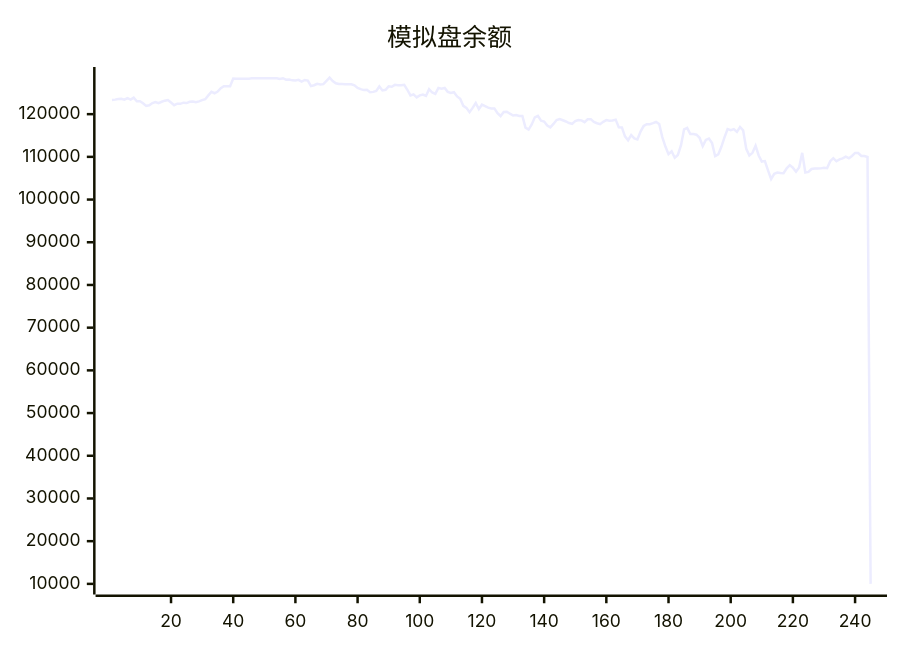
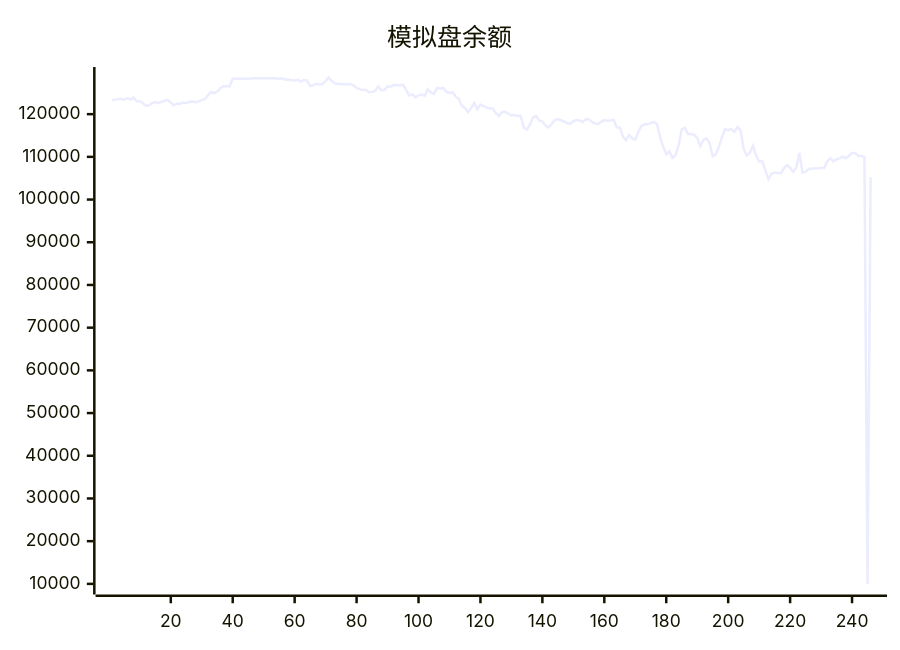
Before and after one commit to aahl/ai-trading: the diagram in README.md, drawn with Mermaid. The commit also changed other lines of this file and 1 other file, not shown here.

````diff
--- a/README.md
+++ b/README.md
@@ -5,5 +5,5 @@
 ```mermaid
 xychart
     title "模拟盘余额"
-    line [123338,123402,123530,123592,123378,123745,123413,123853,123009,123040,122557,121938,122095,122599,122856,122597,122898,123160,123319,122719,122087,122454,122416,122685,122592,122907,122961,122776,122981,123295,123507,124403,125224,124894,125303,126088,126544,126534,126549,128335,128318,128318,128318,128318,128318,128424,128424,128424,128424,128424,128424,128424,128424,128424,128247,128412,128062,128087,127917,127901,128026,127611,128000,127850,126572,126770,127100,126971,127029,127783,128554,127765,127224,127064,127044,127009,127025,127004,126738,126152,125871,125635,125707,125117,125217,125420,126480,125545,125715,126511,126424,126856,126764,126788,126890,125710,124381,124632,123936,124402,124574,124256,125833,125070,124739,126154,125966,126145,125213,124943,125143,124157,123604,121959,121476,120476,121470,122610,121201,122221,121889,121522,121332,121344,120232,119559,120513,120577,120108,119680,119777,119572,119568,116839,116392,117573,119250,119585,118469,118277,117338,116897,117706,118628,118849,118579,118280,117926,117735,118373,118639,118544,118136,118798,118819,118162,117874,117649,118215,118601,118463,118517,118713,116911,116899,114798,113887,115084,114313,114091,115934,117221,117658,117658,117883,118164,117693,114632,112403,110644,111313,109777,110444,112673,116419,116772,115355,115355,115198,114476,112510,113954,114276,113223,110151,110561,112361,114562,116522,116265,116500,115845,117000,116199,111887,110306,110942,112588,110318,108891,109011,106814,104811,106038,106327,106201,106180,107315,108068,107463,106528,107530,110941,106346,106482,107161,107268,107270,107302,107426,107340,108985,109681,108962,109404,109645,110030,109680,110214,110918,110897,110215,110212,109962,10000]
+    line [123338,123402,123530,123592,123378,123745,123413,123853,123009,123040,122557,121938,122095,122599,122856,122597,122898,123160,123319,122719,122087,122454,122416,122685,122592,122907,122961,122776,122981,123295,123507,124403,125224,124894,125303,126088,126544,126534,126549,128335,128318,128318,128318,128318,128318,128424,128424,128424,128424,128424,128424,128424,128424,128424,128247,128412,128062,128087,127917,127901,128026,127611,128000,127850,126572,126770,127100,126971,127029,127783,128554,127765,127224,127064,127044,127009,127025,127004,126738,126152,125871,125635,125707,125117,125217,125420,126480,125545,125715,126511,126424,126856,126764,126788,126890,125710,124381,124632,123936,124402,124574,124256,125833,125070,124739,126154,125966,126145,125213,124943,125143,124157,123604,121959,121476,120476,121470,122610,121201,122221,121889,121522,121332,121344,120232,119559,120513,120577,120108,119680,119777,119572,119568,116839,116392,117573,119250,119585,118469,118277,117338,116897,117706,118628,118849,118579,118280,117926,117735,118373,118639,118544,118136,118798,118819,118162,117874,117649,118215,118601,118463,118517,118713,116911,116899,114798,113887,115084,114313,114091,115934,117221,117658,117658,117883,118164,117693,114632,112403,110644,111313,109777,110444,112673,116419,116772,115355,115355,115198,114476,112510,113954,114276,113223,110151,110561,112361,114562,116522,116265,116500,115845,117000,116199,111887,110306,110942,112588,110318,108891,109011,106814,104811,106038,106327,106201,106180,107315,108068,107463,106528,107530,110941,106346,106482,107161,107268,107270,107302,107426,107340,108985,109681,108962,109404,109645,110030,109680,110214,110918,110897,110215,110212,109962,10000,105235]
 ```
````
